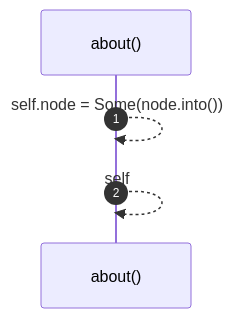
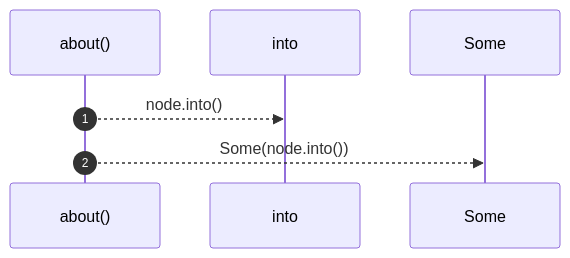
Before and after one commit to RyanGuild/self-describing-code: the third of 3 diagrams in docs/self-model/robby_ir/model/impl-diagnostic.md, drawn with Mermaid. The commit also changed other lines of this file and 1404 other files, not shown here.

````diff
--- a/docs/self-model/robby_ir/model/impl-diagnostic.md
+++ b/docs/self-model/robby_ir/model/impl-diagnostic.md
@@ -112,7 +120,9 @@
 ```mermaid
 sequenceDiagram
     autonumber
     participant about as about()
-    about-->>about: self.node = Some(node.into())
-    about-->>about: self
+    participant into as into
+    participant Some as Some
+    about-->>into: node.into()
+    about-->>Some: Some(node.into())
 ```
````
